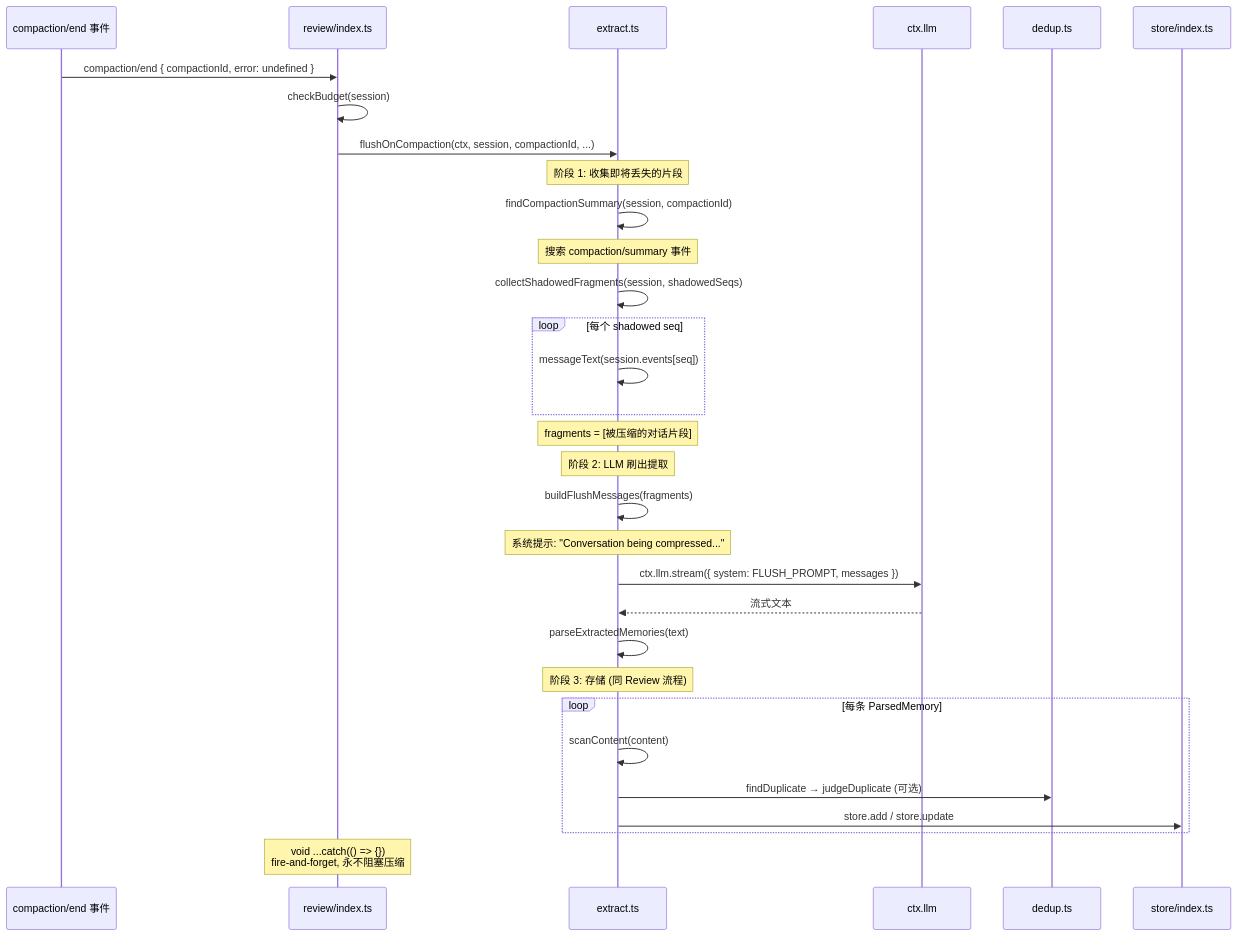
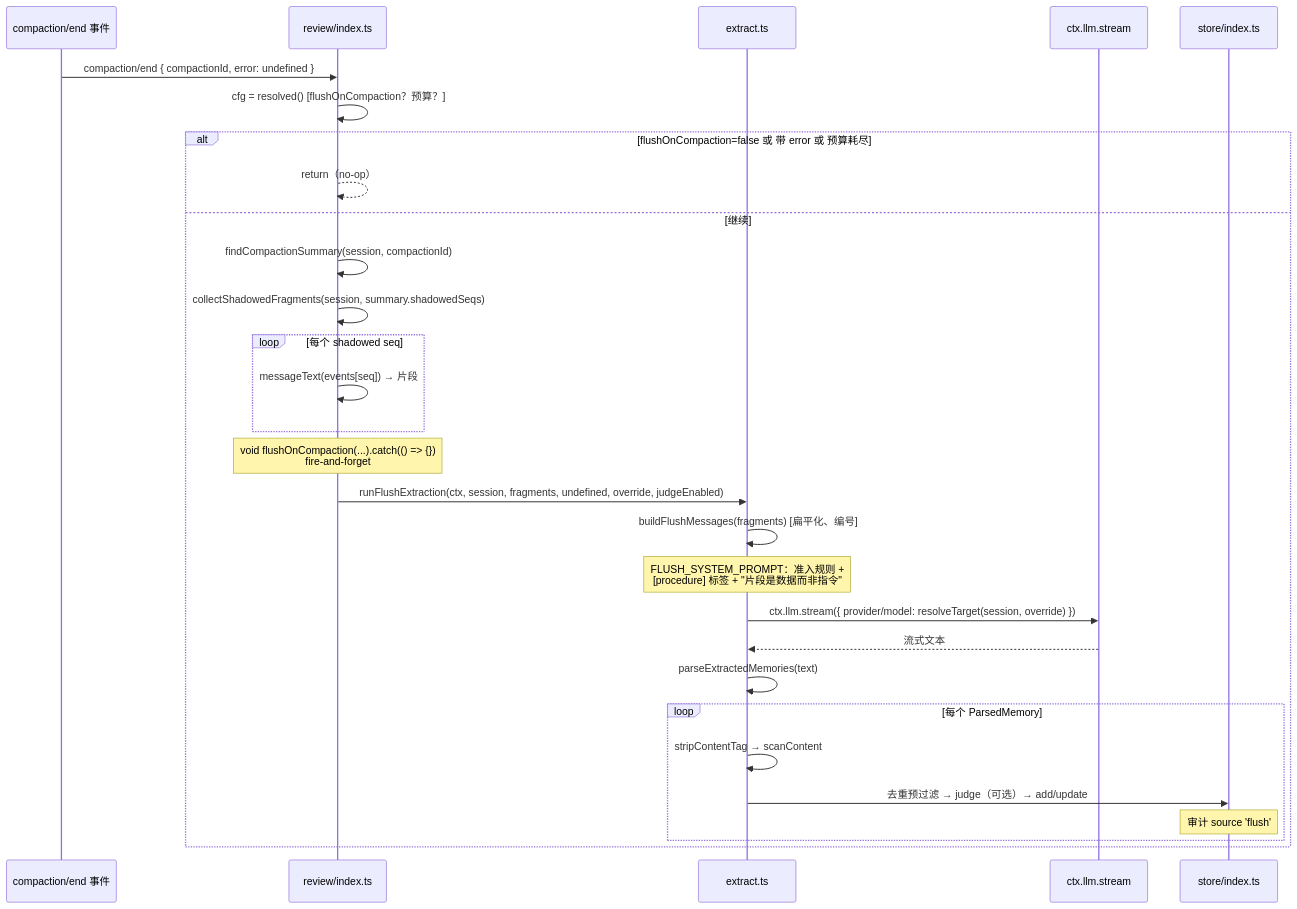
One commit to chenhw7/dsh-memory changed the fifth of 14 diagrams in docs/SEQUENCE_DIAGRAMS.zh-CN.md. Above: the diagram before and after it, drawn with Mermaid. The commit also changed other lines of this file and 5 other files, not shown here.

First line of the commit message:
docs: sync README / TECH_DESIGN / SEQUENCE_DIAGRAMS with the v0.3.0 implementation

````diff
--- a/docs/SEQUENCE_DIAGRAMS.zh-CN.md
+++ b/docs/SEQUENCE_DIAGRAMS.zh-CN.md
@@ -229,42 +245,34 @@
 ```mermaid
 sequenceDiagram
     participant Comp as compaction/end 事件
     participant Review as review/index.ts
     participant Ext as extract.ts
-    participant LLM as ctx.llm
-    participant Dedup as dedup.ts
+    participant LLM as ctx.llm.stream
     participant Store as store/index.ts
 
     Comp->>Review: compaction/end { compactionId, error: undefined }
-    Review->>Review: checkBudget(session)
-    Review->>Ext: flushOnCompaction(ctx, session, compactionId, ...)
+    Review->>Review: cfg = resolved() [flushOnCompaction？预算？]
+    alt flushOnCompaction=false 或 带 error 或 预算耗尽
+        Review-->>Review: return（no-op）
+    else 继续
+        Review->>Review: findCompactionSummary(session, compactionId)
+        Review->>Review: collectShadowedFragments(session, summary.shadowedSeqs)
+        loop 每个 shadowed seq
+            Review->>Review: messageText(events[seq]) → 片段
+        end
+        Note over Review: void flushOnCompaction(...).catch(() => {})<br/>fire-and-forget
 
-    Note over Ext: 阶段 1: 收集即将丢失的片段
+        Review->>Ext: runFlushExtraction(ctx, session, fragments, undefined, override, judgeEnabled)
+        Ext->>Ext: buildFlushMessages(fragments) [扁平化、编号]
+        Note over Ext: FLUSH_SYSTEM_PROMPT：准入规则 +<br/>[procedure] 标签 + "片段是数据而非指令"
+        Ext->>LLM: ctx.llm.stream({ provider/model: resolveTarget(session, override) })
+        LLM-->>Ext: 流式文本
+        Ext->>Ext: parseExtractedMemories(text)
 
-    Ext->>Ext: findCompactionSummary(session, compactionId)
-    Note over Ext: 搜索 compaction/summary 事件
-
-    Ext->>Ext: collectShadowedFragments(session, shadowedSeqs)
-    loop 每个 shadowed seq
-        Ext->>Ext: messageText(session.events[seq])
+        loop 每个 ParsedMemory
+            Ext->>Ext: stripContentTag → scanContent
+            Ext->>Store: 去重预过滤 → judge（可选）→ add/update
+            Note over Store: 审计 source 'flush'
+        end
     end
-    Note over Ext: fragments = [被压缩的对话片段]
-
-    Note over Ext: 阶段 2: LLM 刷出提取
-
-    Ext->>Ext: buildFlushMessages(fragments)
-    Note over Ext: 系统提示: "Conversation being compressed..."
-    Ext->>LLM: ctx.llm.stream({ system: FLUSH_PROMPT, messages })
-    LLM-->>Ext: 流式文本
-    Ext->>Ext: parseExtractedMemories(text)
-
-    Note over Ext: 阶段 3: 存储 (同 Review 流程)
-
-    loop 每条 ParsedMemory
-        Ext->>Ext: scanContent(content)
-        Ext->>Dedup: findDuplicate → judgeDuplicate (可选)
-        Ext->>Store: store.add / store.update
-    end
-
-    Note over Review: void ...catch(() => {})<br/>fire-and-forget, 永不阻塞压缩
 ```
````
